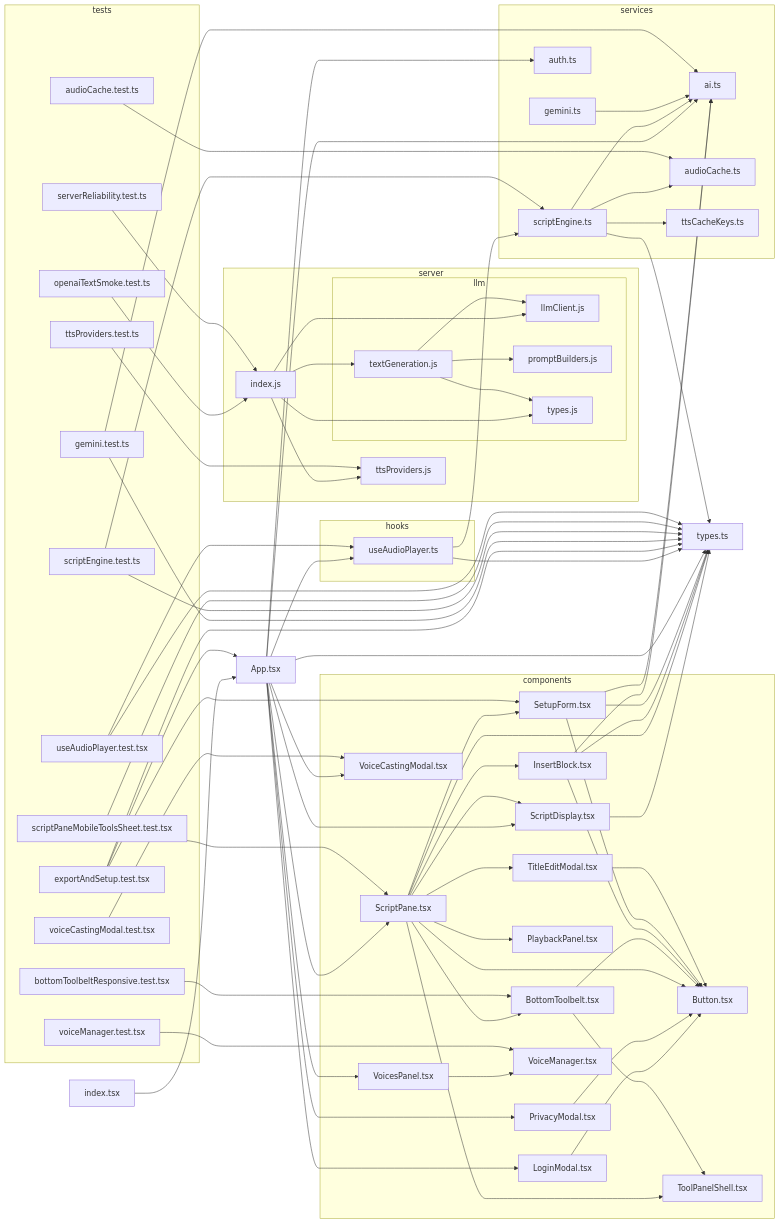
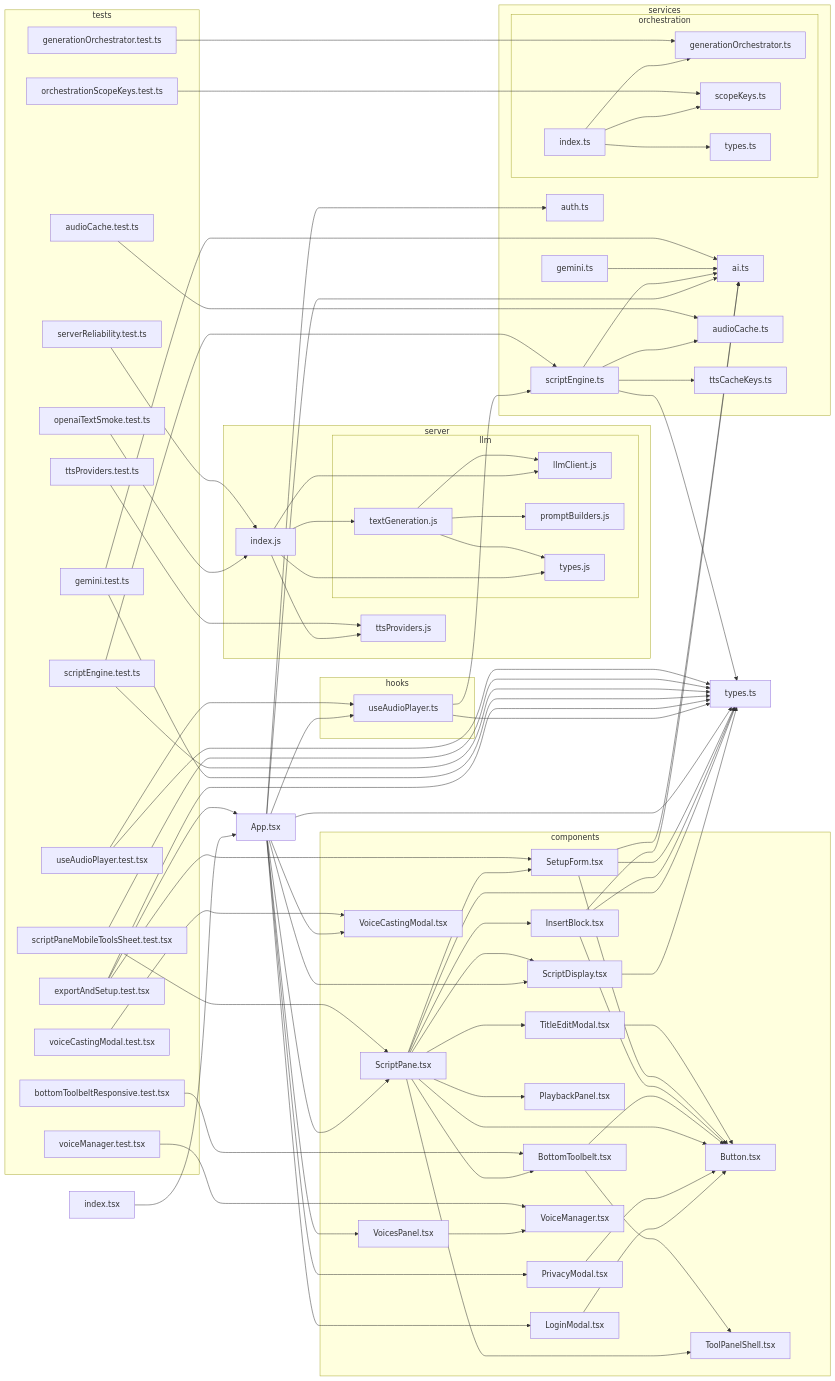
The diagram in docs/dependency-graph.mmd (seanzmc/Script-Seance), drawn with Mermaid before and after one commit.

Commit message:
Adds orchestration module to dependency graph
Documents the new orchestration component and its test files in the project's dependency graph, including generationOrchestrator.ts, scopeKeys.ts, types.ts, and their corresponding tests.

```diff
--- a/docs/dependency-graph.mmd
+++ b/docs/dependency-graph.mmd
@@ -1,121 +1,134 @@
 flowchart LR
 
 0["App.tsx"]
 subgraph 1["components"]
 2["LoginModal.tsx"]
 3["Button.tsx"]
 4["PrivacyModal.tsx"]
 5["ScriptDisplay.tsx"]
 7["ScriptPane.tsx"]
 8["BottomToolbelt.tsx"]
 9["ToolPanelShell.tsx"]
 A["InsertBlock.tsx"]
 D["PlaybackPanel.tsx"]
 E["SetupForm.tsx"]
 F["TitleEditModal.tsx"]
 G["VoiceCastingModal.tsx"]
 H["VoicesPanel.tsx"]
 I["VoiceManager.tsx"]
 end
 6["types.ts"]
 subgraph B["services"]
 C["ai.ts"]
 L["scriptEngine.ts"]
 M["audioCache.ts"]
 N["ttsCacheKeys.ts"]
 O["auth.ts"]
 Y["gemini.ts"]
+subgraph Z["orchestration"]
+10["generationOrchestrator.ts"]
+11["index.ts"]
+12["scopeKeys.ts"]
+13["types.ts"]
+end
 end
 subgraph J["hooks"]
 K["useAudioPlayer.ts"]
 end
 P["index.tsx"]
 subgraph Q["server"]
 R["index.js"]
 subgraph S["llm"]
 T["llmClient.js"]
 U["textGeneration.js"]
 V["promptBuilders.js"]
 W["types.js"]
 end
 X["ttsProviders.js"]
 end
-subgraph Z["tests"]
-10["audioCache.test.ts"]
-11["bottomToolbeltResponsive.test.tsx"]
-12["exportAndSetup.test.tsx"]
-13["gemini.test.ts"]
-14["openaiTextSmoke.test.ts"]
-15["scriptEngine.test.ts"]
-16["scriptPaneMobileToolsSheet.test.tsx"]
-17["serverReliability.test.ts"]
-18["ttsProviders.test.ts"]
-19["useAudioPlayer.test.tsx"]
-1A["voiceCastingModal.test.tsx"]
-1B["voiceManager.test.tsx"]
+subgraph 14["tests"]
+15["audioCache.test.ts"]
+16["bottomToolbeltResponsive.test.tsx"]
+17["exportAndSetup.test.tsx"]
+18["gemini.test.ts"]
+19["generationOrchestrator.test.ts"]
+1A["openaiTextSmoke.test.ts"]
+1B["orchestrationScopeKeys.test.ts"]
+1C["scriptEngine.test.ts"]
+1D["scriptPaneMobileToolsSheet.test.tsx"]
+1E["serverReliability.test.ts"]
+1F["ttsProviders.test.ts"]
+1G["useAudioPlayer.test.tsx"]
+1H["voiceCastingModal.test.tsx"]
+1I["voiceManager.test.tsx"]
 end
 0-->2
 0-->4
 0-->5
 0-->7
 0-->G
 0-->H
 0-->K
 0-->C
 0-->O
 0-->6
 2-->3
 4-->3
 5-->6
 7-->6
 7-->8
 7-->3
 7-->A
 7-->D
 7-->5
 7-->E
 7-->F
 7-->9
 8-->3
 8-->9
 A-->C
 A-->6
 A-->3
 E-->C
 E-->6
 E-->3
 F-->3
 H-->I
 K-->L
 K-->6
 L-->6
 L-->C
 L-->M
 L-->N
 P-->0
 R-->T
 R-->U
 R-->W
 R-->X
 U-->T
 U-->V
 U-->W
 Y-->C
-10-->M
-11-->8
-12-->0
-12-->E
-12-->6
-13-->C
-13-->6
-14-->R
-15-->L
-15-->6
-16-->7
-16-->6
-17-->R
-18-->X
-19-->K
-19-->6
-1A-->G
-1B-->I
+11-->10
+11-->12
+11-->13
+15-->M
+16-->8
+17-->0
+17-->E
+17-->6
+18-->C
+18-->6
+19-->10
+1A-->R
+1B-->12
+1C-->L
+1C-->6
+1D-->7
+1D-->6
+1E-->R
+1F-->X
+1G-->K
+1G-->6
+1H-->G
+1I-->I
```
